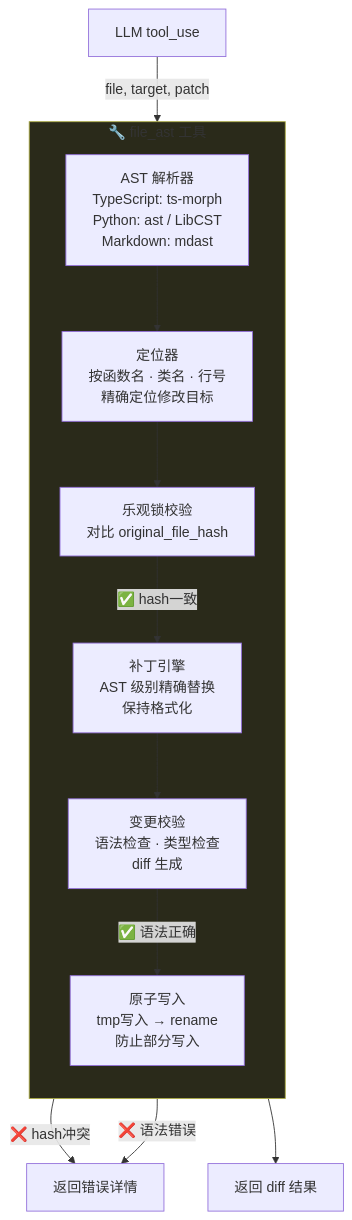
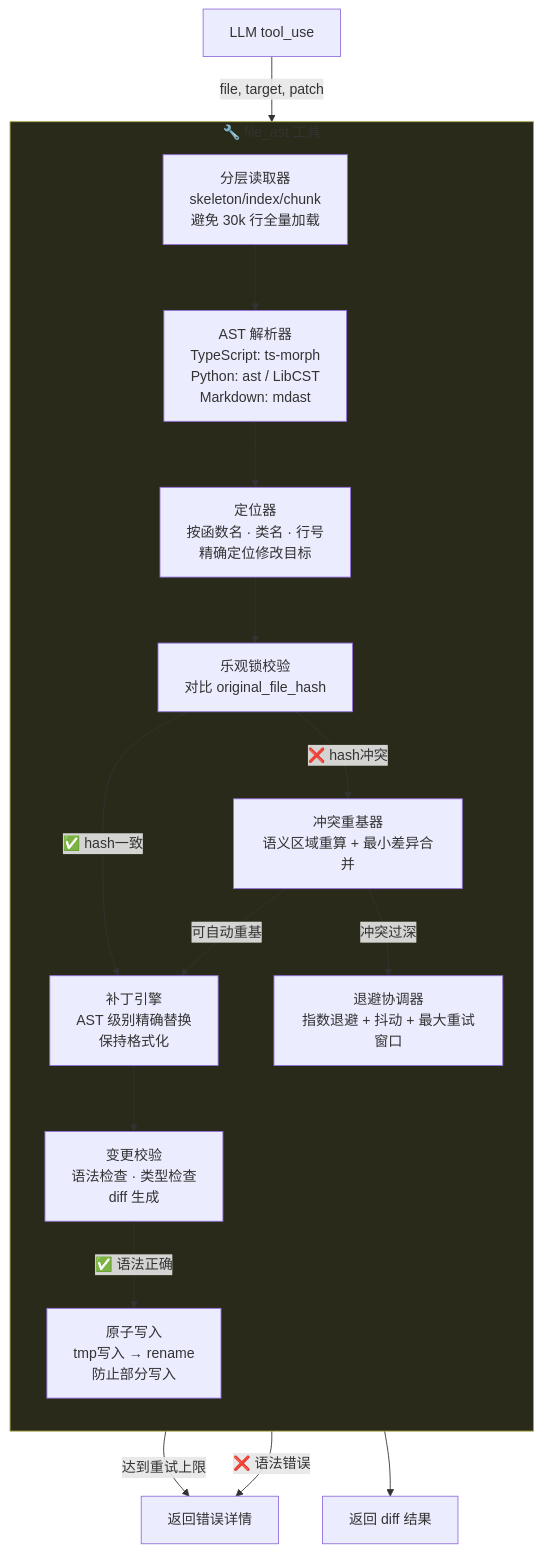
The fifth of 17 diagrams in doc/12-limbs-layer-modules.md (Yidhar/Embla_System), drawn with Mermaid before and after one commit. The commit also changed other lines of this file and 13 other files, not shown here.

Commit message:
docs: refresh architecture specs and security blindspot baseline

````diff
--- a/doc/12-limbs-layer-modules.md
+++ b/doc/12-limbs-layer-modules.md
@@ -293,24 +390,31 @@
 ```mermaid
 flowchart TB
     subgraph FileAST["🔧 file_ast 工具"]
         direction TB
+        INDEX["分层读取器<br/>skeleton/index/chunk<br/>避免 30k 行全量加载"]
         PARSE["AST 解析器<br/>TypeScript: ts-morph<br/>Python: ast / LibCST<br/>Markdown: mdast"]
         LOCATE["定位器<br/>按函数名 · 类名 · 行号<br/>精确定位修改目标"]
         HASHCHK["乐观锁校验<br/>对比 original_file_hash"]
+        REBASE["冲突重基器<br/>语义区域重算 + 最小差异合并"]
+        BACKOFF["退避协调器<br/>指数退避 + 抖动 + 最大重试窗口"]
         PATCH["补丁引擎<br/>AST 级别精确替换<br/>保持格式化"]
         VALIDATE["变更校验<br/>语法检查 · 类型检查<br/>diff 生成"]
         WRITE["原子写入<br/>tmp写入 → rename<br/>防止部分写入"]
     end
 
-    LLM["LLM tool_use"] -->|"file, target, patch"| PARSE
+    LLM["LLM tool_use"] -->|"file, target, patch"| INDEX
+    INDEX --> PARSE
     PARSE --> LOCATE
     LOCATE --> HASHCHK
     HASHCHK -->|"✅ hash一致"| PATCH
-    HASHCHK -->|"❌ hash冲突"| ERROR["返回并发冲突错误"]
+    HASHCHK -->|"❌ hash冲突"| REBASE
+    REBASE -->|"可自动重基"| PATCH
+    REBASE -->|"冲突过深"| BACKOFF
+    BACKOFF -->|"达到重试上限"| ERROR["返回并发冲突错误 + 协调建议"]
     PATCH --> VALIDATE
     VALIDATE -->|"✅ 语法正确"| WRITE
     VALIDATE -->|"❌ 语法错误"| ERROR["返回错误详情"]
     WRITE --> DIFF["返回 diff 结果"]
 
     style FileAST fill:#2a2a1a,stroke:#aaaa44
 ```
````
